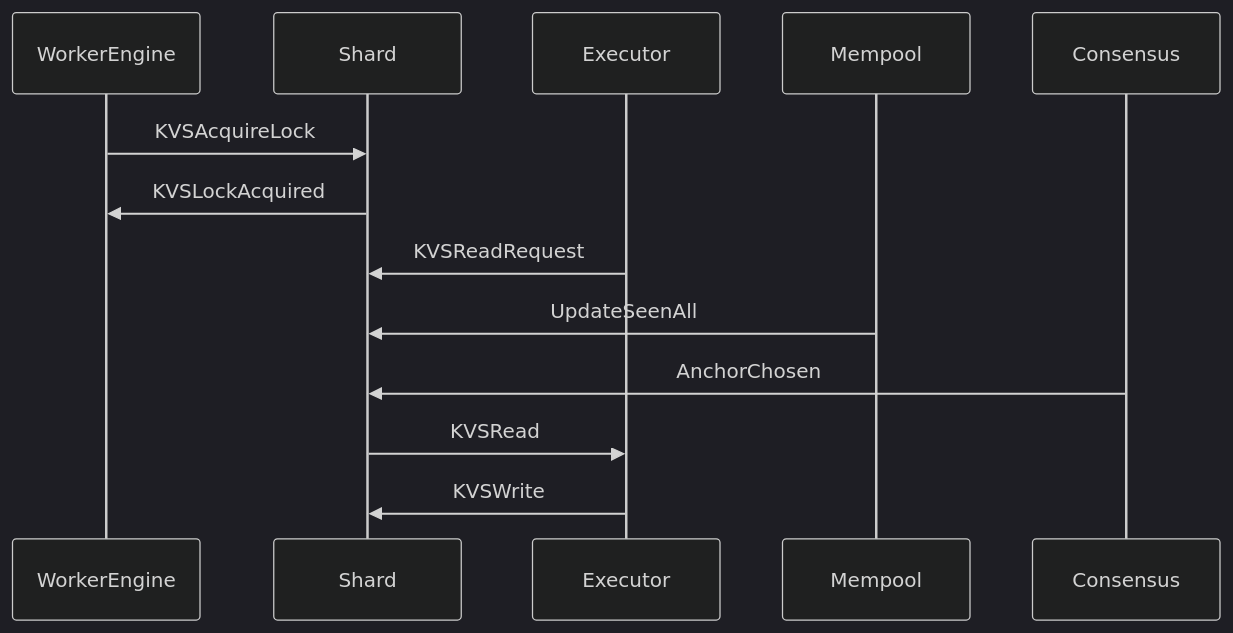
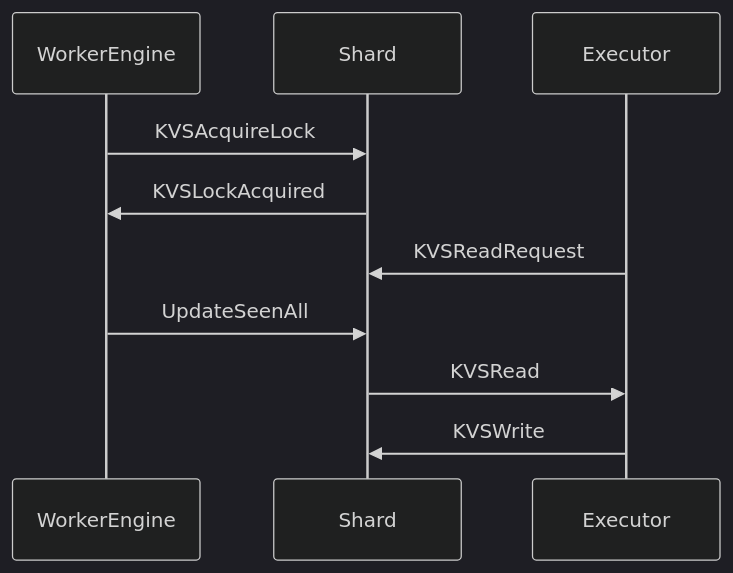
The diagram in docs/arch/node/engines/shard_messages.juvix.md (anoma/nspec), drawn with Mermaid (dark theme) before and after one commit.

Commit message:
comment ≥v0.3 stuff and adapt message sequence

````diff
--- a/docs/arch/node/engines/shard_messages.juvix.md
+++ b/docs/arch/node/engines/shard_messages.juvix.md
@@ -37,16 +37,17 @@
 ```mermaid
 sequenceDiagram
     participant WorkerEngine
     participant Shard
     participant Executor
-    participant Mempool
-    participant Consensus
+%%  participant Mempool %% ≥v0.3
+%%  participant Consensus %% ≥v0.3
 
     WorkerEngine->>Shard: KVSAcquireLock
     Shard->>WorkerEngine: KVSLockAcquired
     Executor->>Shard: KVSReadRequest
-    Mempool->>Shard: UpdateSeenAll
-    Consensus->>Shard: AnchorChosen
+    WorkerEngine->>Shard: UpdateSeenAll
+%%  Mempool->>Shard: UpdateSeenAll %% ≥v0.3 ??
+%%  Consensus->>Shard: AnchorChosen %% ≥v0.3
     Shard->>Executor: KVSRead
     Executor->>Shard: KVSWrite
 ```
````
